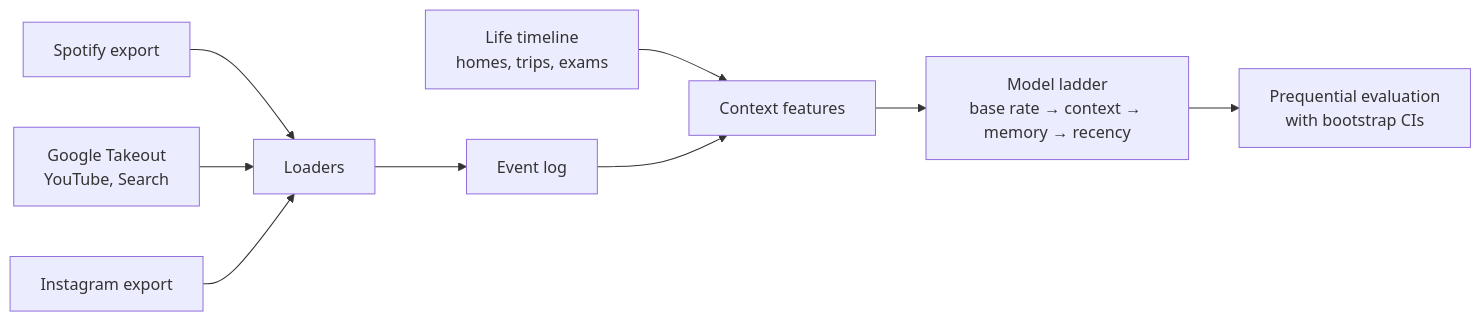
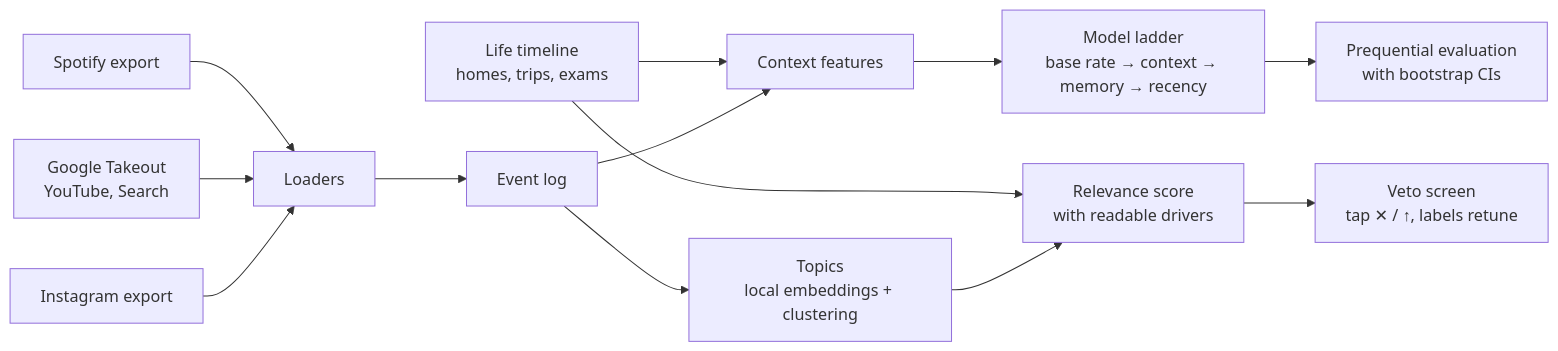
The diagram in README.md (imyuvijain/amber), drawn with Mermaid before and after one commit. The commit also changed other lines of this file, not shown here.

Commit message:
docs(readme): topics-first framing, creator return demoted to plumbing

````diff
--- a/README.md
+++ b/README.md
@@ -9,11 +11,15 @@
 ```mermaid
 flowchart LR
   A[Spotify export] --> L[Loaders]
   B[Google Takeout<br/>YouTube, Search] --> L
   C[Instagram export] --> L
   L --> E[Event log]
   T[Life timeline<br/>homes, trips, exams] --> X[Context features]
   E --> X
   X --> M[Model ladder<br/>base rate → context → memory → recency]
   M --> R[Prequential evaluation<br/>with bootstrap CIs]
+  E --> P[Topics<br/>local embeddings + clustering]
+  T --> V
+  P --> V[Relevance score<br/>with readable drivers]
+  V --> S[Veto screen<br/>tap ✕ / ↑, labels retune]
 ```
````
